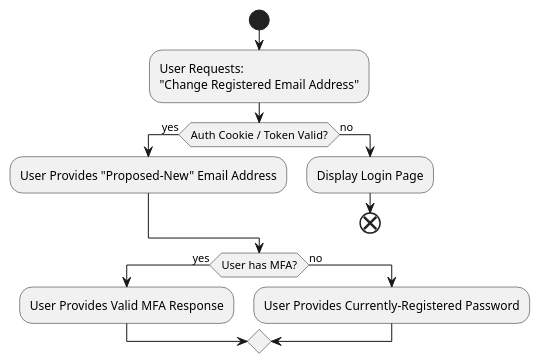
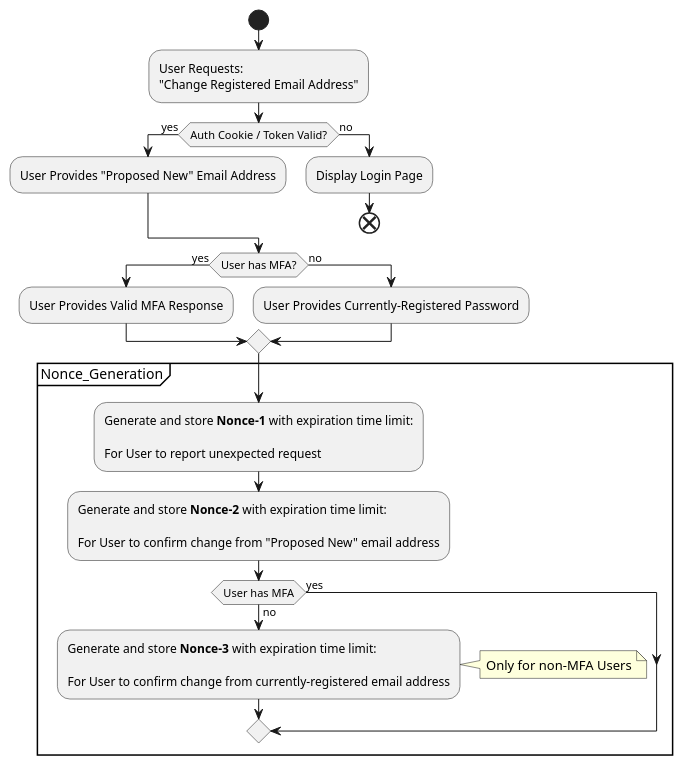
One commit to OWASP/www-community changed the diagram in assets/files/Changing_Registered_Email_Address_For_An_Account/Changing_Registered_Email_Address_For_An_Account.puml. Above: the diagram before and after it, drawn with PlantUML.

```diff
--- a/assets/files/Changing_Registered_Email_Address_For_An_Account/Changing_Registered_Email_Address_For_An_Account.puml
+++ b/assets/files/Changing_Registered_Email_Address_For_An_Account/Changing_Registered_Email_Address_For_An_Account.puml
@@ -1,19 +1,30 @@
 @startuml
 start
 :User Requests:
 "Change Registered Email Address";
 
 if (Auth Cookie / Token Valid?) then (yes)
-  :User Provides "Proposed-New" Email Address;
+  :User Provides "Proposed New" Email Address;
 else (no)
   :Display Login Page;
   end
 endif
 
 if (User has MFA?) then (yes)
     :User Provides Valid MFA Response;
 else (no)
     :User Provides Currently-Registered Password;
 endif
 
+partition Nonce_Generation {
+    :Generate and store **Nonce-1** with expiration time limit:\n\nFor User to report unexpected request;
+    :Generate and store **Nonce-2** with expiration time limit:\n\nFor User to confirm change from "Proposed New" email address;
+    if (User has MFA) then (yes)
+    else (no)
+    :Generate and store **Nonce-3** with expiration time limit:\n\nFor User to confirm change from currently-registered email address;
+    note right
+        Only for non-MFA Users
+    end note
+    endif
+}
 @enduml
```
